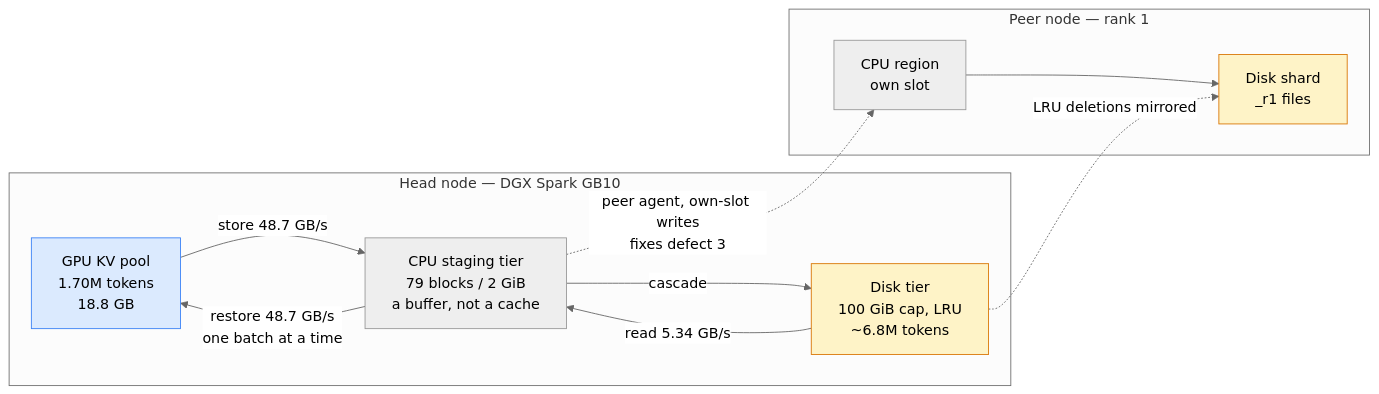
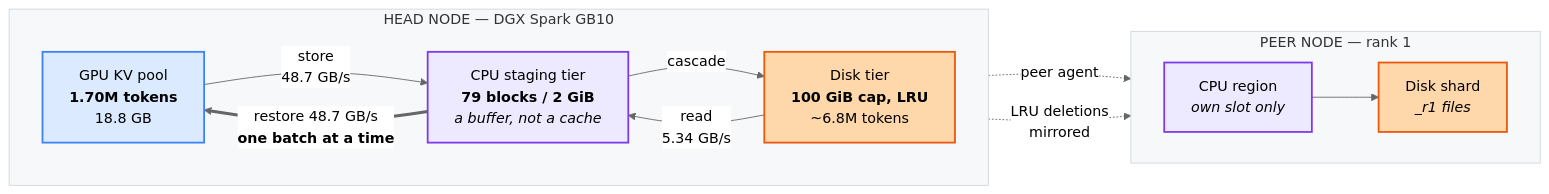
One commit to smartprogrammer93/vllm-bounded-fs-kv-tier changed the fourth of 4 diagrams in README.md. Above: the diagram before and after it, drawn with Mermaid (neutral theme). The commit also changed other lines of this file, not shown here.

Commit message:
README: restyle the data-path diagram, correct the probes/ description
Colour-codes the three tiers (GPU / CPU / disk) with explicit classDefs and
neutral subgraph fills, so the node colours are no longer washed out by
mermaid's default subgraph background, and thickens the restore edge since that
is the path the whole change is about. Verified by rendering all four diagrams
with mermaid-cli 11, the same engine GitHub uses.

The probes/ row said "the measurement harnesses behind every number above",
which stopped being true once the negative-result sections were removed -- that
directory also holds harnesses for routes that were tested and rejected.

Claude-Session: https://claude.ai/code/session_017HeoK7pMFp3eC6VnXU3wo6

````diff
--- a/README.md
+++ b/README.md
@@ -197,24 +197,31 @@
 ```mermaid
 flowchart LR
-    subgraph N1["Head node — DGX Spark GB10"]
-        G1["GPU KV pool<br/>1.70M tokens<br/>18.8 GB"]
-        C1["CPU staging tier<br/>79 blocks / 2 GiB<br/>a buffer, not a cache"]
-        D1["Disk tier<br/>100 GiB cap, LRU<br/>~6.8M tokens"]
+    subgraph N1["HEAD NODE — DGX Spark GB10"]
+        direction LR
+        G1["GPU KV pool<br/><b>1.70M tokens</b><br/>18.8 GB"]
+        C1["CPU staging tier<br/><b>79 blocks / 2 GiB</b><br/><i>a buffer, not a cache</i>"]
+        D1["Disk tier<br/><b>100 GiB cap, LRU</b><br/>~6.8M tokens"]
     end
-    subgraph N2["Peer node — rank 1"]
-        C2["CPU region<br/>own slot"]
-        D2["Disk shard<br/>_r1 files"]
+    subgraph N2["PEER NODE — rank 1"]
+        direction LR
+        C2["CPU region<br/><i>own slot only</i>"]
+        D2["Disk shard<br/><i>_r1 files</i>"]
     end
 
-    G1 -- "store 48.7 GB/s" --> C1
+    G1 -- "store<br/>48.7 GB/s" --> C1
     C1 -- "cascade" --> D1
-    D1 -- "read 5.34 GB/s" --> C1
-    C1 -- "restore 48.7 GB/s<br/>one batch at a time" --> G1
-    C1 -. "peer agent, own-slot writes<br/>fixes defect 3" .-> C2
+    D1 -- "read<br/>5.34 GB/s" --> C1
+    C1 == "restore 48.7 GB/s<br/><b>one batch at a time</b>" ==> G1
+    C1 -. "peer agent" .-> C2
     C2 --> D2
-    D1 -. "LRU deletions mirrored" .-> D2
+    D1 -. "LRU deletions<br/>mirrored" .-> D2
 
-    style G1 fill:#dbeafe,stroke:#3b82f6
-    style D1 fill:#fef3c7,stroke:#d97706
-    style D2 fill:#fef3c7,stroke:#d97706
+    classDef gpu  fill:#dbeafe,stroke:#3b82f6,stroke-width:2px
+    classDef cpu  fill:#ede9fe,stroke:#7c3aed,stroke-width:2px
+    classDef disk fill:#fed7aa,stroke:#ea580c,stroke-width:2px
+    class G1 gpu
+    class C1,C2 cpu
+    class D1,D2 disk
+    style N1 fill:#f6f8fa,stroke:#d0d7de,stroke-width:1px
+    style N2 fill:#f6f8fa,stroke:#d0d7de,stroke-width:1px
 ```
````
